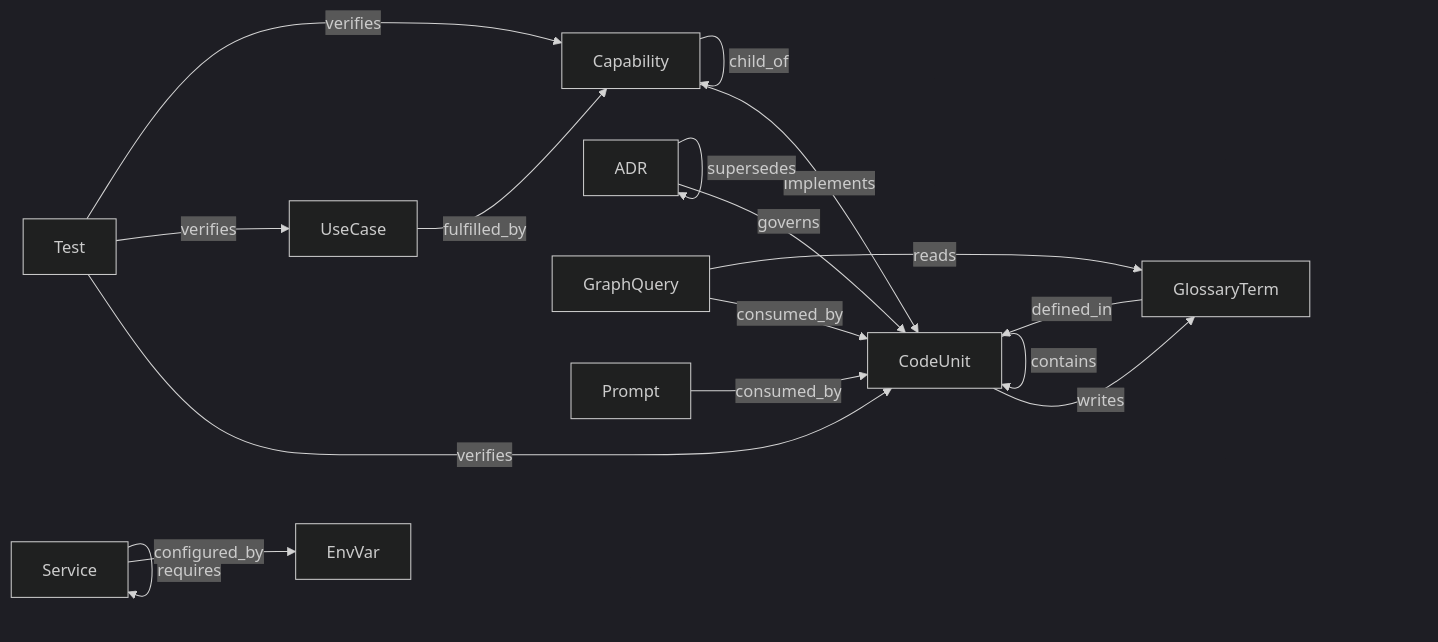
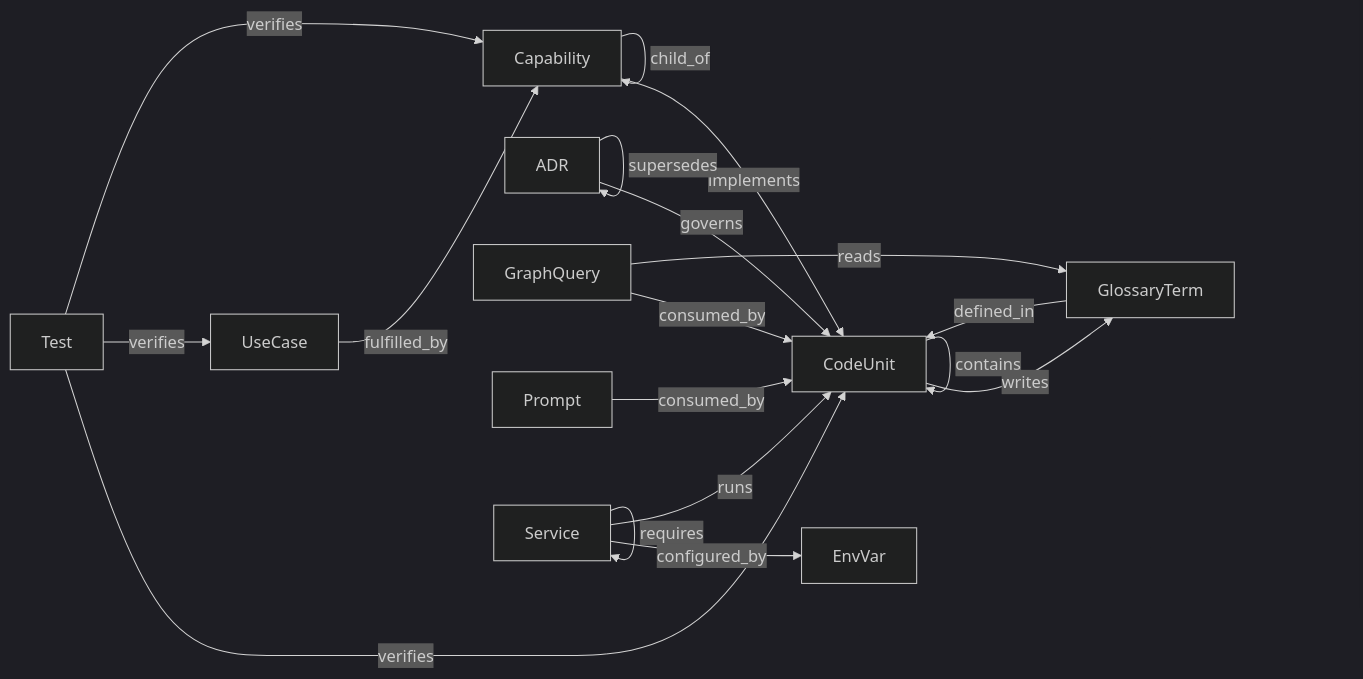
Before and after one commit to DigitalCowboyN/interview_analyzer_chaining: the diagram in docs/graph/index.md, drawn with Mermaid (dark theme). The commit also changed other lines of this file and 8 other files, not shown here.

First line of the commit message:
feat(infra): runs edge (service -> code entrypoint) from compose command

````diff
--- a/docs/graph/index.md
+++ b/docs/graph/index.md
@@ -38,20 +39,21 @@
 ```mermaid
 graph LR
     Capability -->|implements| CodeUnit
     Capability -->|child_of| Capability
     CodeUnit -->|depends_on| CodeUnit
     CodeUnit -->|contains| CodeUnit
     ADR -->|governs| CodeUnit
     ADR -->|supersedes| ADR
     UseCase -->|fulfilled_by| Capability
     Test -->|verifies| CodeUnit
     Test -->|verifies| UseCase
     Test -->|verifies| Capability
     GlossaryTerm -->|defined_in| CodeUnit
     GraphQuery -->|consumed_by| CodeUnit
     Prompt -->|consumed_by| CodeUnit
     GraphQuery -->|reads| GlossaryTerm
     CodeUnit -->|writes| GlossaryTerm
     Service -->|requires| Service
     Service -->|configured_by| EnvVar
+    Service -->|runs| CodeUnit
 ```
````
